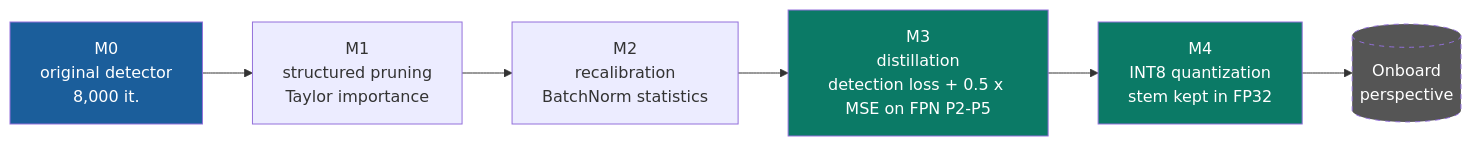
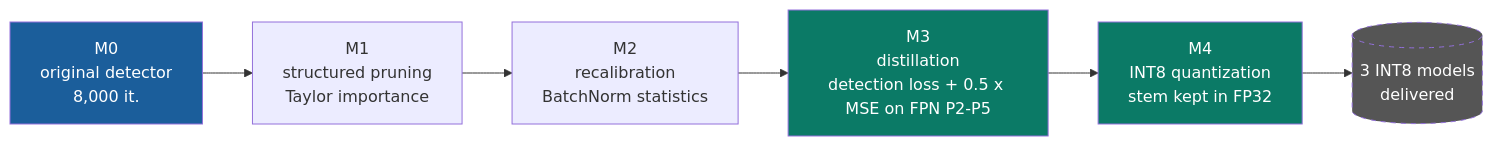
One commit to MERYEM-LABYAD/TinyML_Framework changed the diagram in README.md. Above: the diagram before and after it, drawn with Mermaid. The commit also changed other lines of this file, not shown here.

````diff
--- a/README.md
+++ b/README.md
@@ -55,12 +55,12 @@
 ```mermaid
 flowchart LR
     A[M0<br/>original detector<br/>8,000 it.] --> B[M1<br/>structured pruning<br/>Taylor importance]
     B --> C[M2<br/>recalibration<br/>BatchNorm statistics]
     C --> D[M3<br/>distillation<br/>detection loss + 0.5 x MSE on FPN P2-P5]
     D --> E[M4<br/>INT8 quantization<br/>stem kept in FP32]
-    E --> F[(Onboard<br/>perspective)]
+    E --> F[(3 INT8 models<br/>delivered)]
     style A fill:#1B5E9B,color:#fff
     style D fill:#0B7A66,color:#fff
     style E fill:#0B7A66,color:#fff
     style F fill:#555,color:#fff,stroke-dasharray: 5 5
 ```
````
